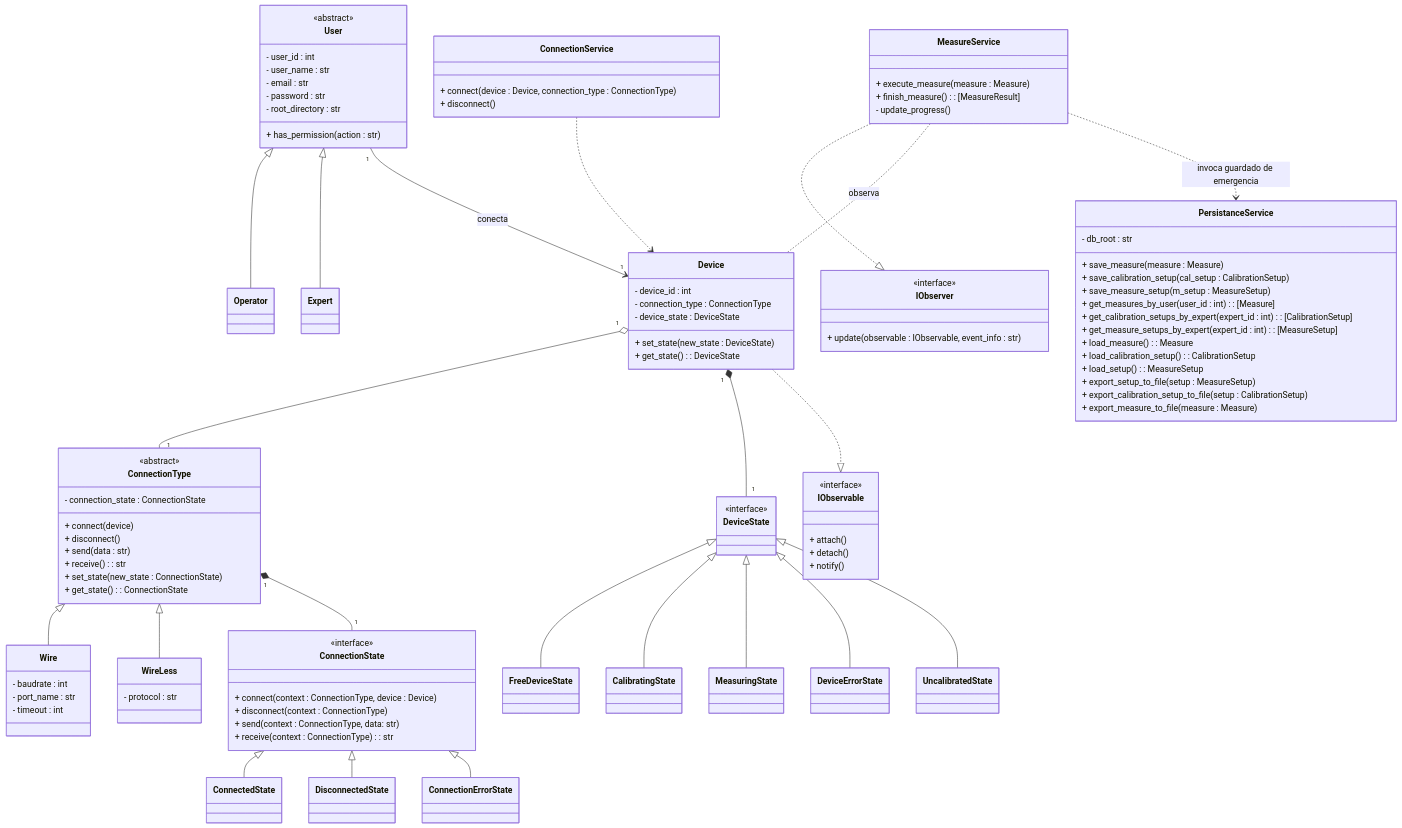
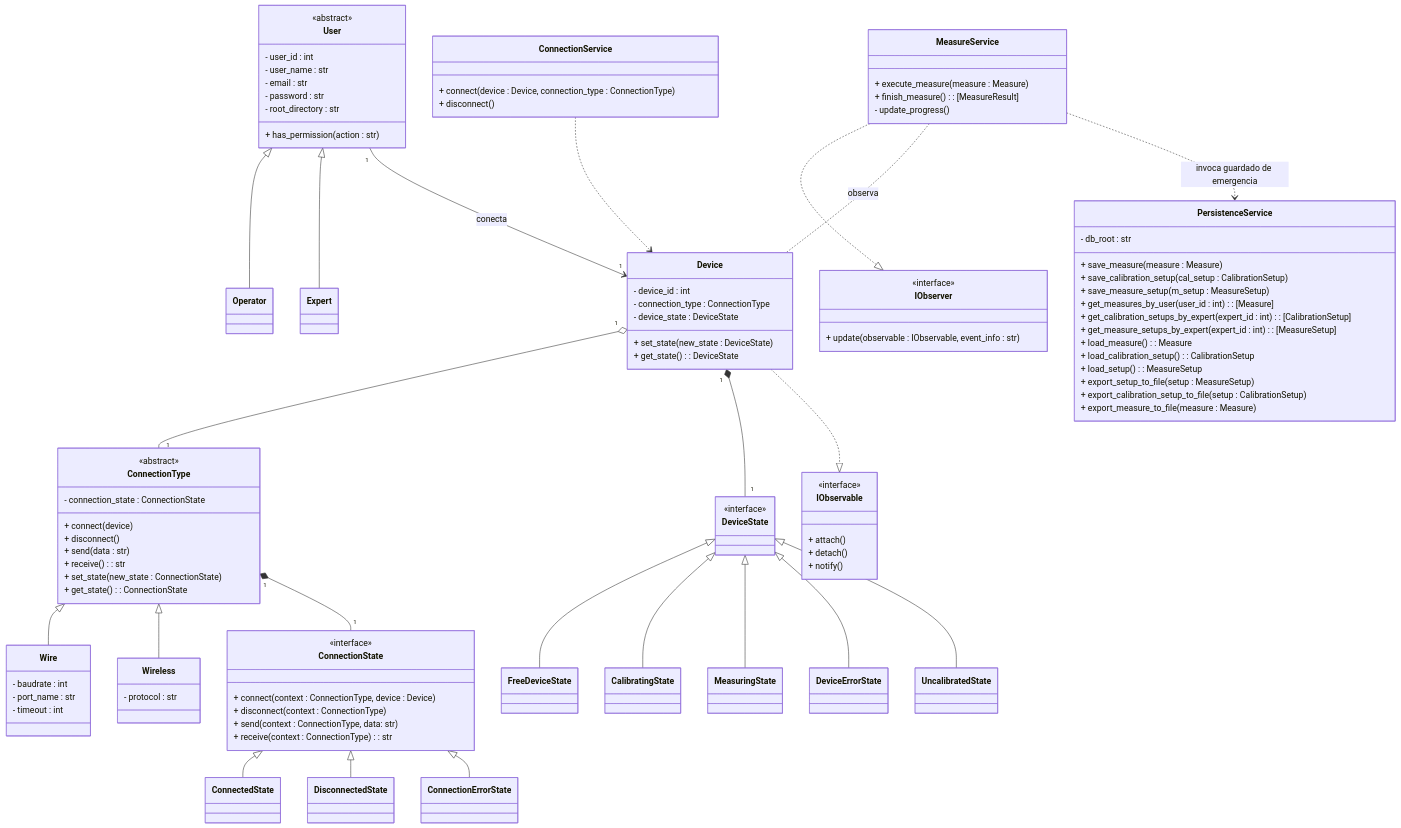
Before and after one commit to alegrelias/Repo-GMini: diagram 13 of 22 in Gmini-MarkDown/Guanaco Mini.md, drawn with Mermaid. The commit also changed other lines of this file, not shown here.

```diff
--- a/Gmini-MarkDown/Guanaco Mini.md
+++ b/Gmini-MarkDown/Guanaco Mini.md
@@ -1268,7 +1282,7 @@
 User <|-- Expert
 
 ConnectionType <|-- Wire
-ConnectionType <|-- WireLess
+ConnectionType <|-- Wireless
 
 DeviceState <|-- FreeDeviceState
 DeviceState <|-- CalibratingState
@@ -1297,7 +1311,7 @@
 	- port_name : str
 	- timeout : int
 }
-class WireLess{
+class Wireless{
 	- protocol : str
 }
 
@@ -1325,7 +1339,7 @@
 	+ get_state() : DeviceState
 }
 
-%% state patern
+%% state pattern
 	
 class ConnectionState{
 		<<interface>>
@@ -1346,7 +1360,7 @@
 class MeasuringState
 class DeviceErrorState
 
-%% observer patern
+%% observer pattern
 class IObserver{
 	<<interface>>
 	+ update(observable : IObservable, event_info : str)
@@ -1365,7 +1379,7 @@
 	+ finish_measure() : [MeasureResult]
 	- update_progress()
 }
-class PersistanceService{
+class PersistenceService{
 	- db_root : str
 	  
 	%% operaciones en db
@@ -1400,7 +1414,7 @@
 
 MeasureService ..|> IObserver
 MeasureService .. Device : observa
-MeasureService ..> PersistanceService : invoca guardado de emergencia
+MeasureService ..> PersistenceService : invoca guardado de emergencia
 
 
 ConnectionService ..>  Device
```
